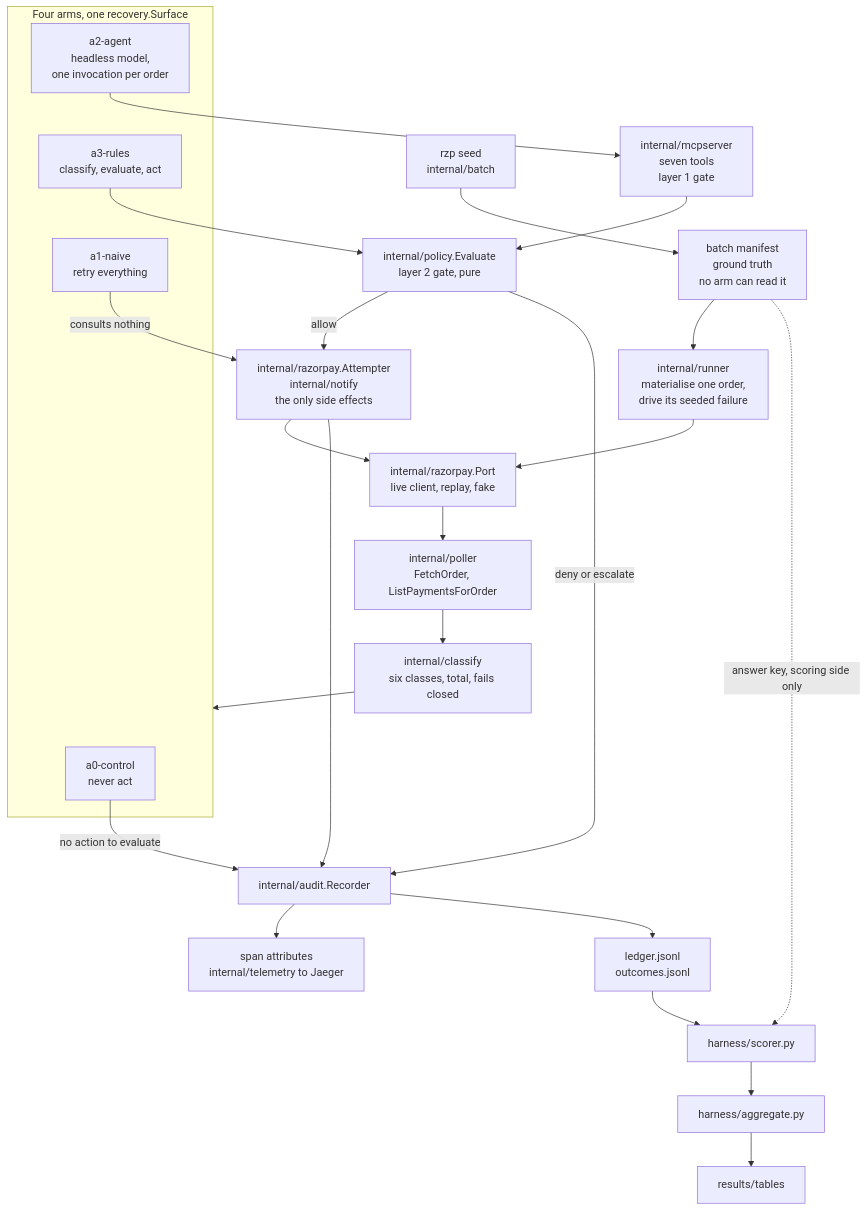
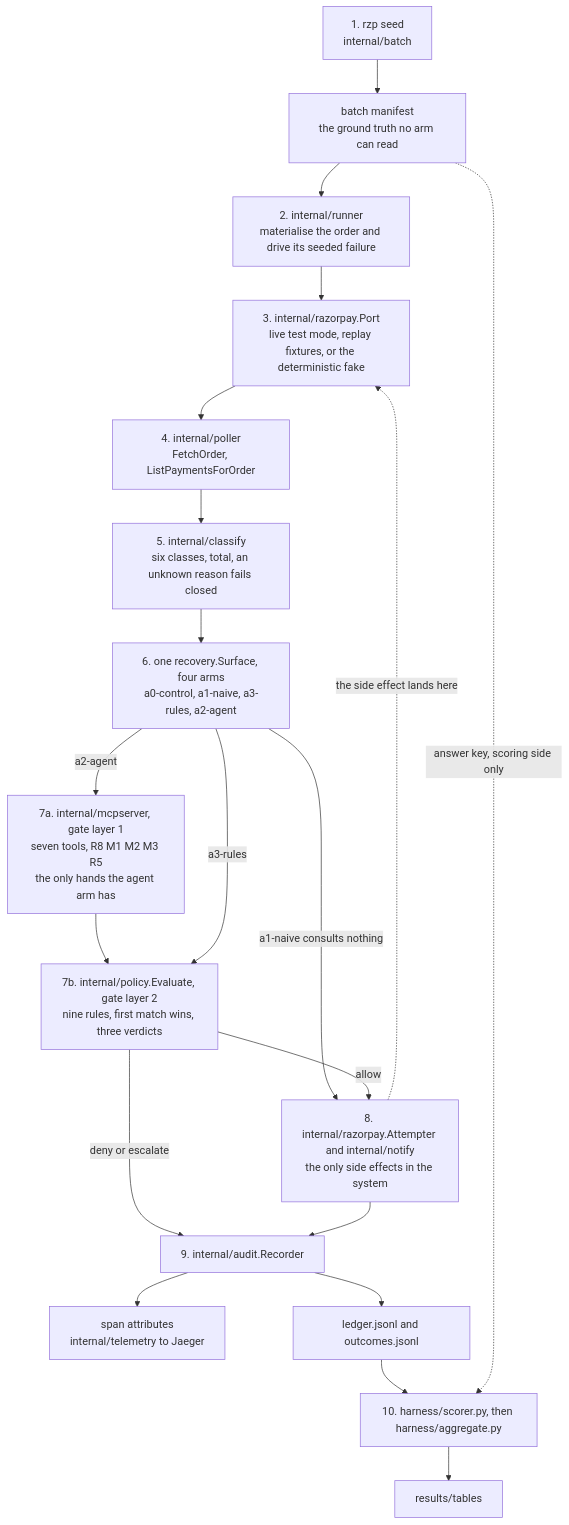
One commit to lopster568/rzp-rebound changed the diagram in ARCHITECTURE.md. Above: the diagram before and after it, drawn with Mermaid. The commit also changed other lines of this file, not shown here.

Commit message:
docs(architecture): a diagram that reads top to bottom, after two that did not
The first version linked the classifier to a subgraph, which dagre resolved by
pulling the arms box to the left and running six edges across the page. The
second staged it into six numbered subgraphs and mermaid ignored their
direction, because a subgraph with cross-subgraph edges lays out under the
parent graph's rank order.

Both were rendered with mermaid-cli and looked at rather than reasoned about.
What ships is a numbered chain with the four arms in one node, which is one
rank per step and no crossings, and the detail the arms box used to carry is
in the paragraph under it.

````diff
--- a/ARCHITECTURE.md
+++ b/ARCHITECTURE.md
@@ -16,42 +16,31 @@
 ```mermaid
 flowchart TB
-  SEED["rzp seed<br/>internal/batch"]
-  MAN["batch manifest<br/>ground truth<br/>no arm can read it"]
-  MAT["internal/runner<br/>materialise one order,<br/>drive its seeded failure"]
-  GW["internal/razorpay.Port<br/>live client, replay, fake"]
-  POLL["internal/poller<br/>FetchOrder, ListPaymentsForOrder"]
-  CLS["internal/classify<br/>six classes, total, fails closed"]
-  MCP["internal/mcpserver<br/>seven tools<br/>layer 1 gate"]
-  POL["internal/policy.Evaluate<br/>layer 2 gate, pure"]
-  ACT["internal/razorpay.Attempter<br/>internal/notify<br/>the only side effects"]
-  AUD["internal/audit.Recorder"]
+  SEED["1. rzp seed<br/>internal/batch"]
+  MAN["batch manifest<br/>the ground truth no arm can read"]
+  MAT["2. internal/runner<br/>materialise the order and drive its seeded failure"]
+  GW["3. internal/razorpay.Port<br/>live test mode, replay fixtures, or the deterministic fake"]
+  POLL["4. internal/poller<br/>FetchOrder, ListPaymentsForOrder"]
+  CLS["5. internal/classify<br/>six classes, total, an unknown reason fails closed"]
+  ARMS["6. one recovery.Surface, four arms<br/>a0-control, a1-naive, a3-rules, a2-agent"]
+  MCP["7a. internal/mcpserver, gate layer 1<br/>seven tools, R8 M1 M2 M3 R5<br/>the only hands the agent arm has"]
+  POL["7b. internal/policy.Evaluate, gate layer 2<br/>nine rules, first match wins, three verdicts"]
+  ACT["8. internal/razorpay.Attempter and internal/notify<br/>the only side effects in the system"]
+  AUD["9. internal/audit.Recorder"]
   SPAN["span attributes<br/>internal/telemetry to Jaeger"]
-  LED["ledger.jsonl<br/>outcomes.jsonl"]
-  SCORE["harness/scorer.py"]
-  AGG["harness/aggregate.py"]
+  LED["ledger.jsonl and outcomes.jsonl"]
+  SCORE["10. harness/scorer.py, then harness/aggregate.py"]
   TAB["results/tables"]
 
-  SEED --> MAN --> MAT --> GW --> POLL --> CLS
-
-  subgraph arms["Four arms, one recovery.Surface"]
-    A0["a0-control<br/>never act"]
-    A1["a1-naive<br/>retry everything"]
-    A2["a2-agent<br/>headless model,<br/>one invocation per order"]
-    A3["a3-rules<br/>classify, evaluate, act"]
-  end
-
-  CLS --> arms
-  A2 --> MCP --> POL
-  A3 --> POL
-  A0 -->|"no action to evaluate"| AUD
-  A1 -->|"consults nothing"| ACT
+  SEED --> MAN --> MAT --> GW --> POLL --> CLS --> ARMS
+  ARMS -->|"a2-agent"| MCP
+  MCP --> POL
+  ARMS -->|"a3-rules"| POL
+  ARMS -->|"a1-naive consults nothing"| ACT
   POL -->|"allow"| ACT
   POL -->|"deny or escalate"| AUD
-  ACT --> GW
   ACT --> AUD
+  ACT -.->|"the side effect lands here"| GW
   AUD --> SPAN
-  AUD --> LED
-  LED --> SCORE
+  AUD --> LED --> SCORE --> TAB
   MAN -.->|"answer key, scoring side only"| SCORE
-  SCORE --> AGG --> TAB
 ```
````
